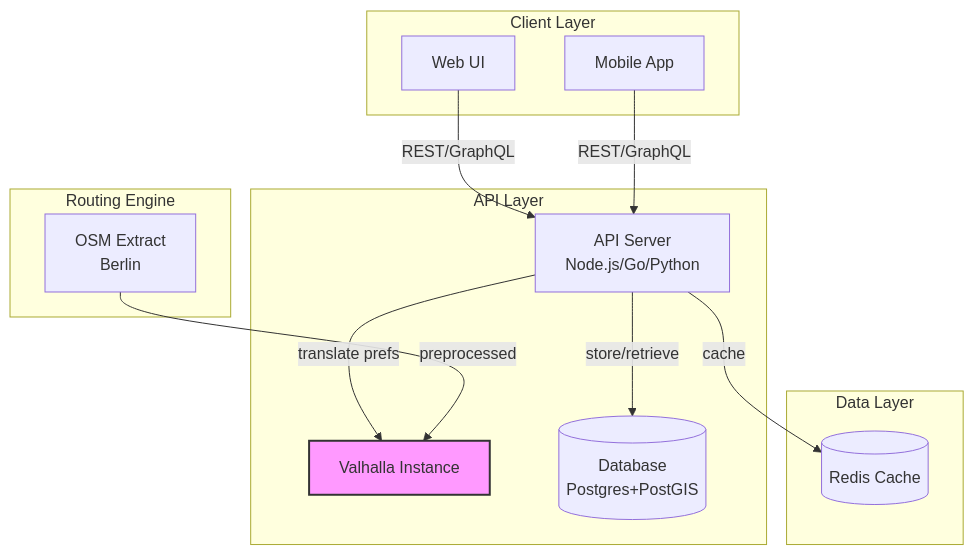
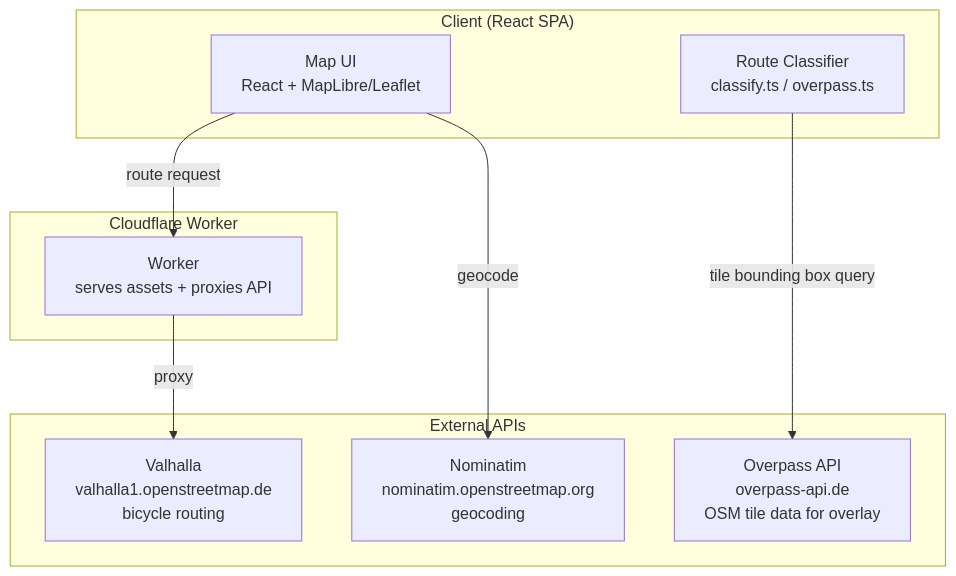
Before and after one commit to fryanpan/family-bike-map: the first of 2 diagrams in docs/product/architecture.md, drawn with Mermaid. The commit also changed other lines of this file and 13 other files, not shown here.

````diff
--- a/docs/product/architecture.md
+++ b/docs/product/architecture.md
@@ -5,30 +7,22 @@
 ```mermaid
 graph TB
-    subgraph "Client Layer"
-        Web[Web UI]
-        Mobile[Mobile App]
+    subgraph "Client (React SPA)"
+        UI[Map UI<br/>React + MapLibre/Leaflet]
+        Classify[Route Classifier<br/>classify.ts / overpass.ts]
     end
 
-    subgraph "API Layer"
-        API[API Server<br/>Node.js/Go/Python]
-        API -->|translate prefs| Router
-        API -->|store/retrieve| DB
+    subgraph "Cloudflare Worker"
+        Worker[Worker<br/>serves assets + proxies API]
     end
 
-    subgraph "Routing Engine"
-        Router[Valhalla Instance]
-        OSMData[OSM Extract<br/>Berlin]
-        OSMData -->|preprocessed| Router
+    subgraph "External APIs"
+        Valhalla[Valhalla<br/>valhalla1.openstreetmap.de<br/>bicycle routing]
+        Nominatim[Nominatim<br/>nominatim.openstreetmap.org<br/>geocoding]
+        Overpass[Overpass API<br/>overpass-api.de<br/>OSM tile data for overlay]
     end
 
-    subgraph "Data Layer"
-        DB[(Database<br/>Postgres+PostGIS)]
-        Cache[(Redis Cache)]
-    end
-
-    Web -->|REST/GraphQL| API
-    Mobile -->|REST/GraphQL| API
-    API -->|cache| Cache
-
-    style Router fill:#f9f,stroke:#333,stroke-width:2px
+    UI -->|route request| Worker
+    UI -->|geocode| Nominatim
+    Classify -->|tile bounding box query| Overpass
+    Worker -->|proxy| Valhalla
 ```
````
